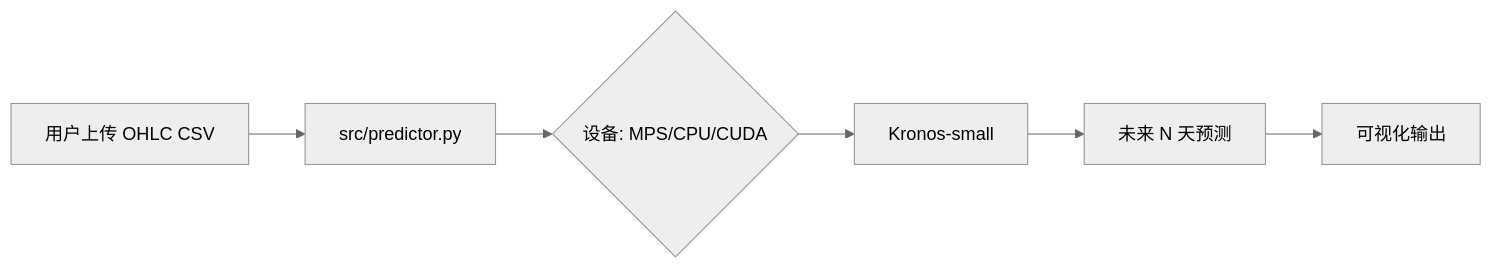
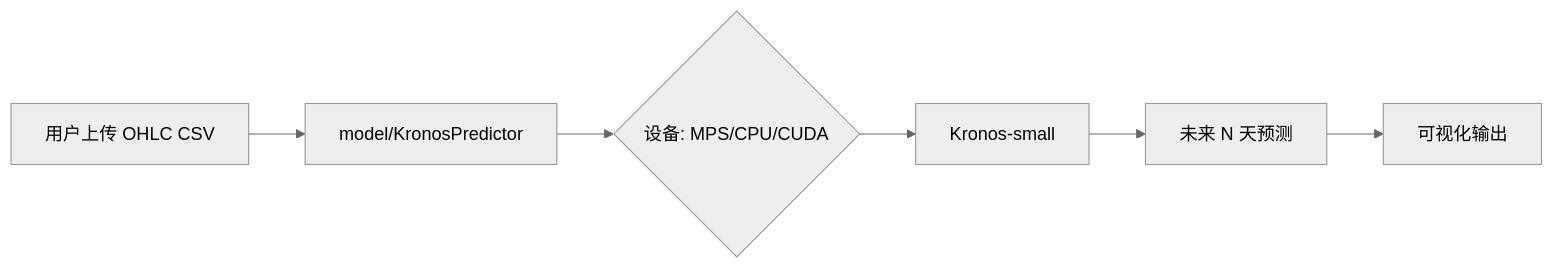
One commit to byronwang2005/Kronos-CS2-Skins-Forecast changed the diagram in README.md. Above: the diagram before and after it, drawn with Mermaid (neutral theme). The commit also changed other lines of this file, not shown here.

````diff
--- a/README.md
+++ b/README.md
@@ -39,8 +39,8 @@
 ```mermaid
-flowchart LR
-    A[用户上传 OHLC CSV] --> B[src/predictor.py]
+graph LR
+    A[用户上传 OHLC CSV] --> B[model/KronosPredictor]
     B --> C{设备: MPS/CPU/CUDA}
     C --> D[Kronos-small]
     D --> E[未来 N 天预测]
     E --> F[可视化输出]
 ```
````
